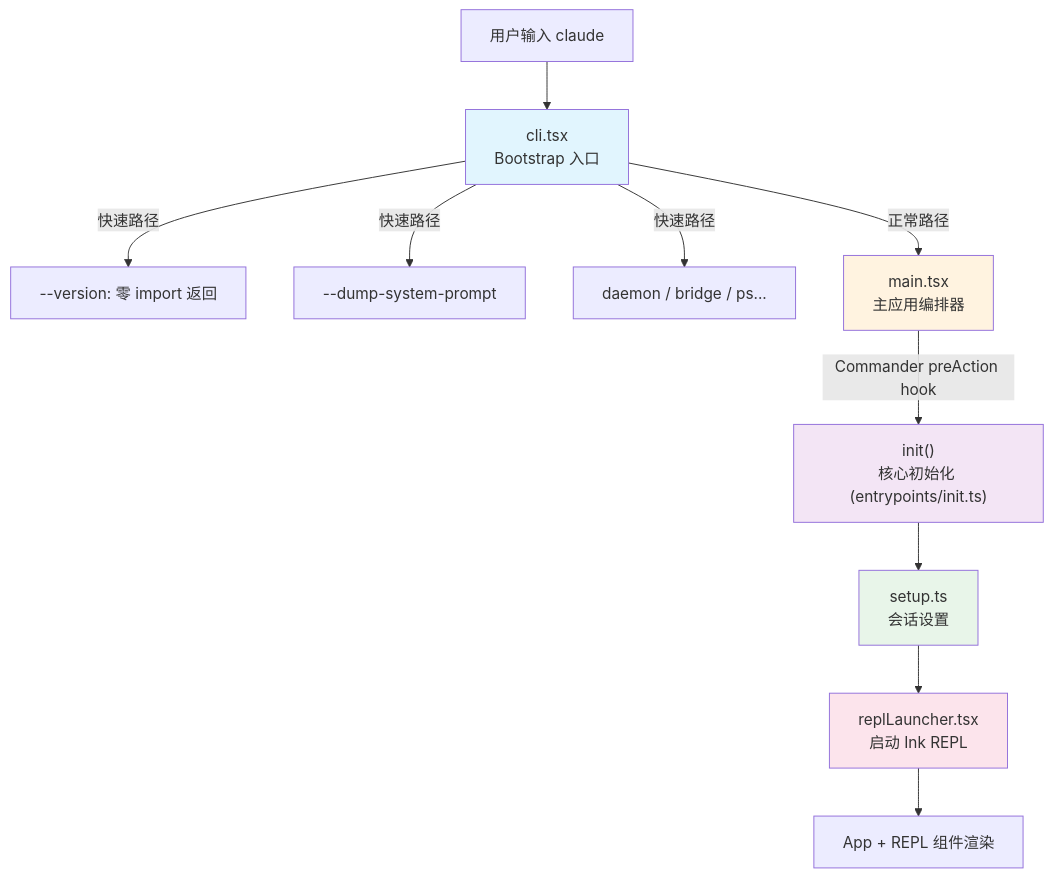
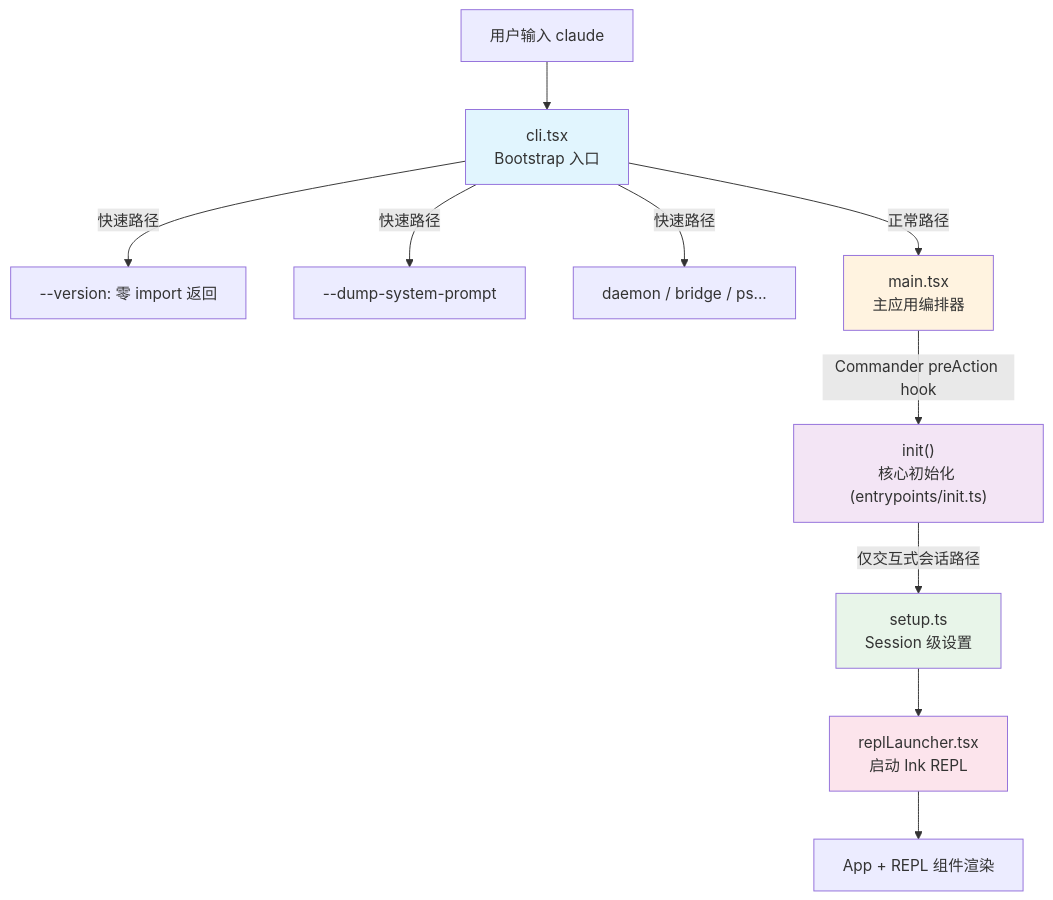
Before and after one commit to luyao618/Claude-Code-Source-Study: the first of 2 diagrams in 01-项目全景.md, drawn with Mermaid. The commit also changed other lines of this file and 1 other file, not shown here.

````diff
--- a/01-项目全景.md
+++ b/01-项目全景.md
@@ -84,18 +88,18 @@
 ```mermaid
 graph TD
     A["用户输入 claude"] --> B["cli.tsx<br/>Bootstrap 入口"]
     B -->|快速路径| C["--version: 零 import 返回"]
     B -->|快速路径| D["--dump-system-prompt"]
     B -->|快速路径| E["daemon / bridge / ps..."]
     B -->|正常路径| F["main.tsx<br/>主应用编排器"]
     F -->|"Commander preAction hook"| G["init()<br/>核心初始化 (entrypoints/init.ts)"]
-    G --> H["setup.ts<br/>会话设置"]
+    G -->|"仅交互式会话路径"| H["setup.ts<br/>Session 级设置"]
     H --> I["replLauncher.tsx<br/>启动 Ink REPL"]
     I --> J["App + REPL 组件渲染"]
 
     style B fill:#e1f5fe
     style F fill:#fff3e0
     style G fill:#f3e5f5
     style H fill:#e8f5e9
     style I fill:#fce4ec
 ```
````
